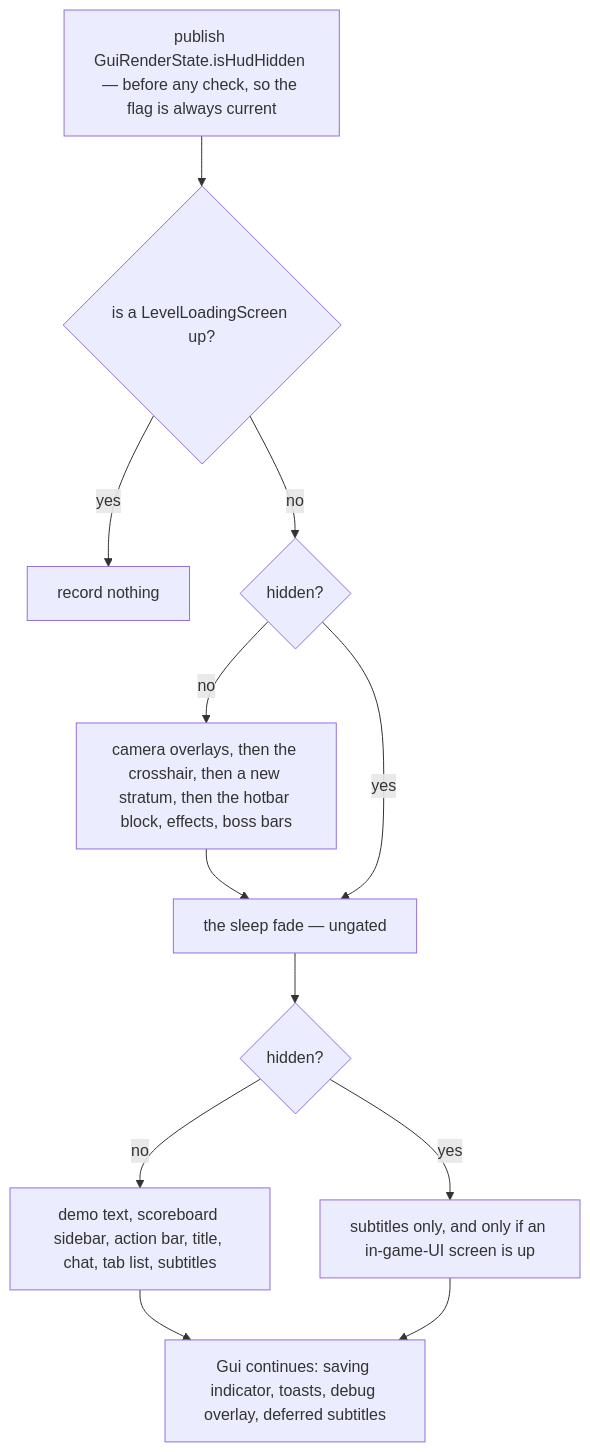
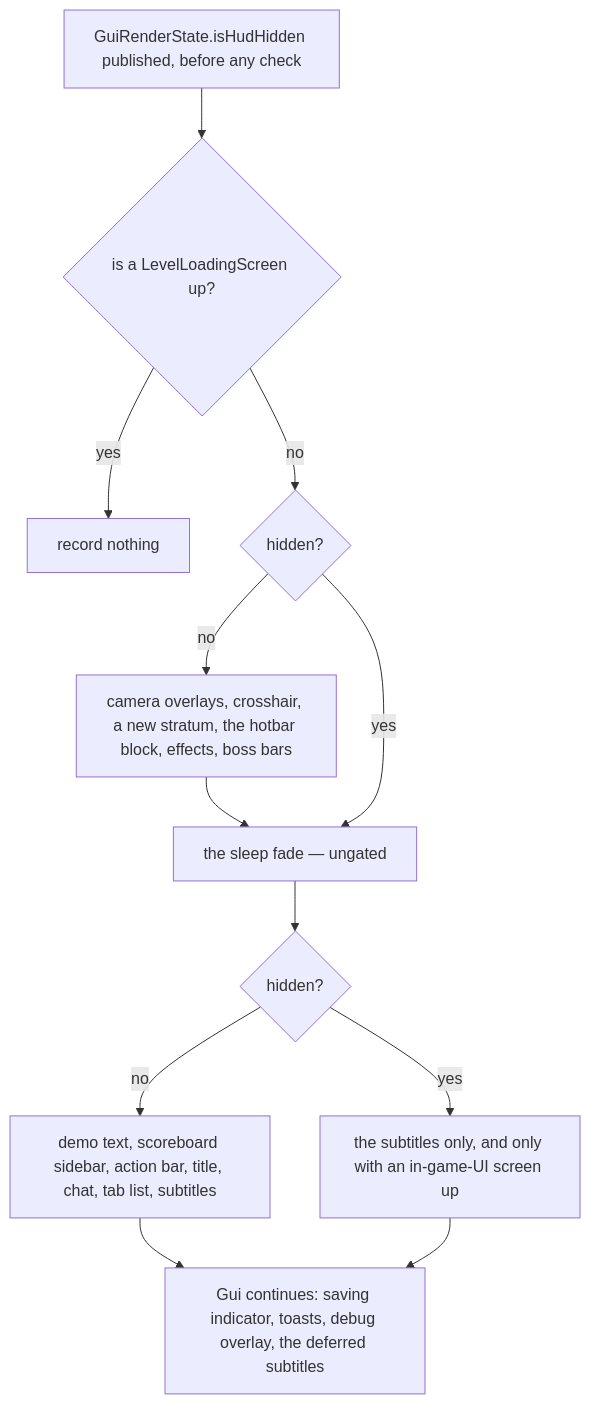
The first of 2 diagrams in src/systems/client/hud.md (AlexanderjFraser/MinecraftDocs), drawn with Mermaid before and after one commit. The commit also changed other lines of this file and 18 other files, not shown here.

````diff
--- a/src/systems/client/hud.md
+++ b/src/systems/client/hud.md
@@ -23,21 +23,21 @@
 ```mermaid
 flowchart TD
-    PUB["publish GuiRenderState.isHudHidden — before any check, so the flag is always current"]
+    PUB["GuiRenderState.isHudHidden published, before any check"]
     LLS{"is a LevelLoadingScreen up?"}
     STOP["record nothing"]
     H1{"hidden?"}
-    A["camera overlays, then the crosshair, then a new stratum, then the hotbar block, effects, boss bars"]
+    A["camera overlays, crosshair, a new stratum, the hotbar block, effects, boss bars"]
     SLEEP["the sleep fade — ungated"]
     H2{"hidden?"}
     B["demo text, scoreboard sidebar, action bar, title, chat, tab list, subtitles"]
-    B2["subtitles only, and only if an in-game-UI screen is up"]
-    GUI["Gui continues: saving indicator, toasts, debug overlay, deferred subtitles"]
+    B2["the subtitles only, and only with an in-game-UI screen up"]
+    GUI["Gui continues: saving indicator, toasts, debug overlay, the deferred subtitles"]
     PUB --> LLS
     LLS -- "yes" --> STOP
     LLS -- "no" --> H1
     H1 -- "no" --> A --> SLEEP
     H1 -- "yes" --> SLEEP
     SLEEP --> H2
     H2 -- "no" --> B --> GUI
     H2 -- "yes" --> B2 --> GUI
 ```
````
